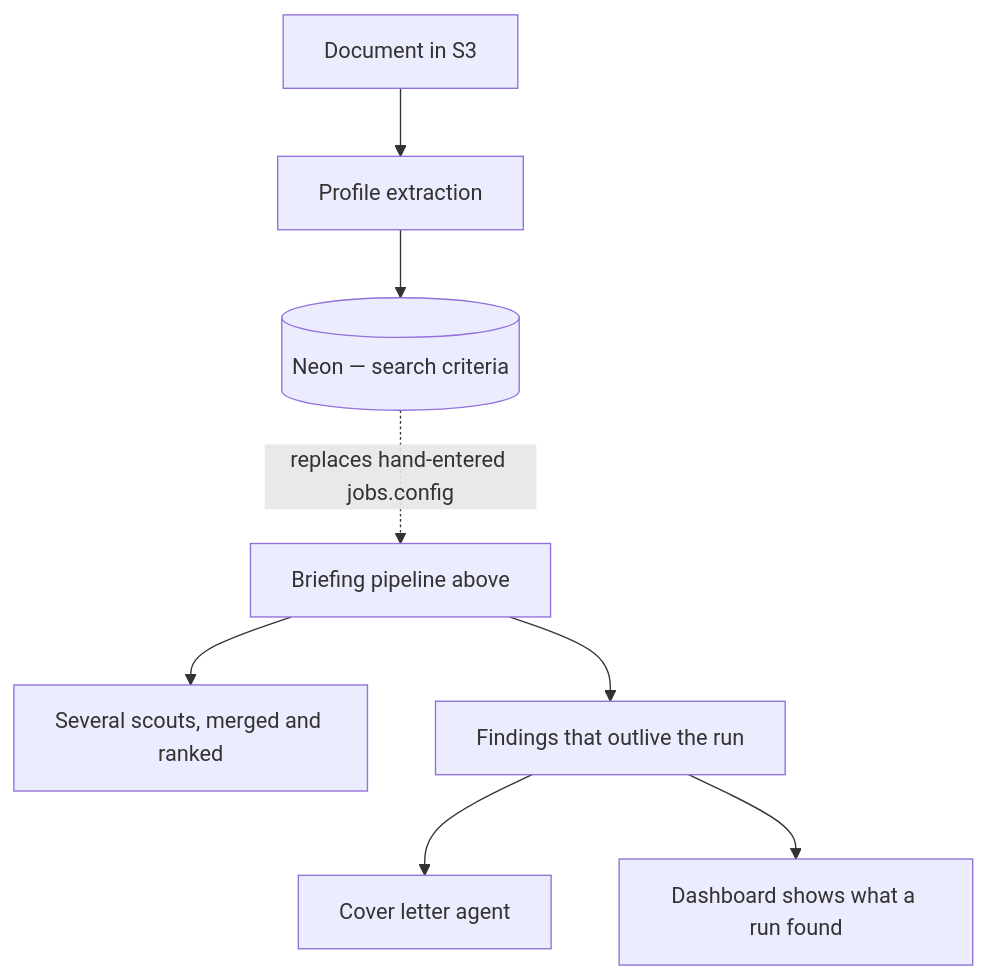
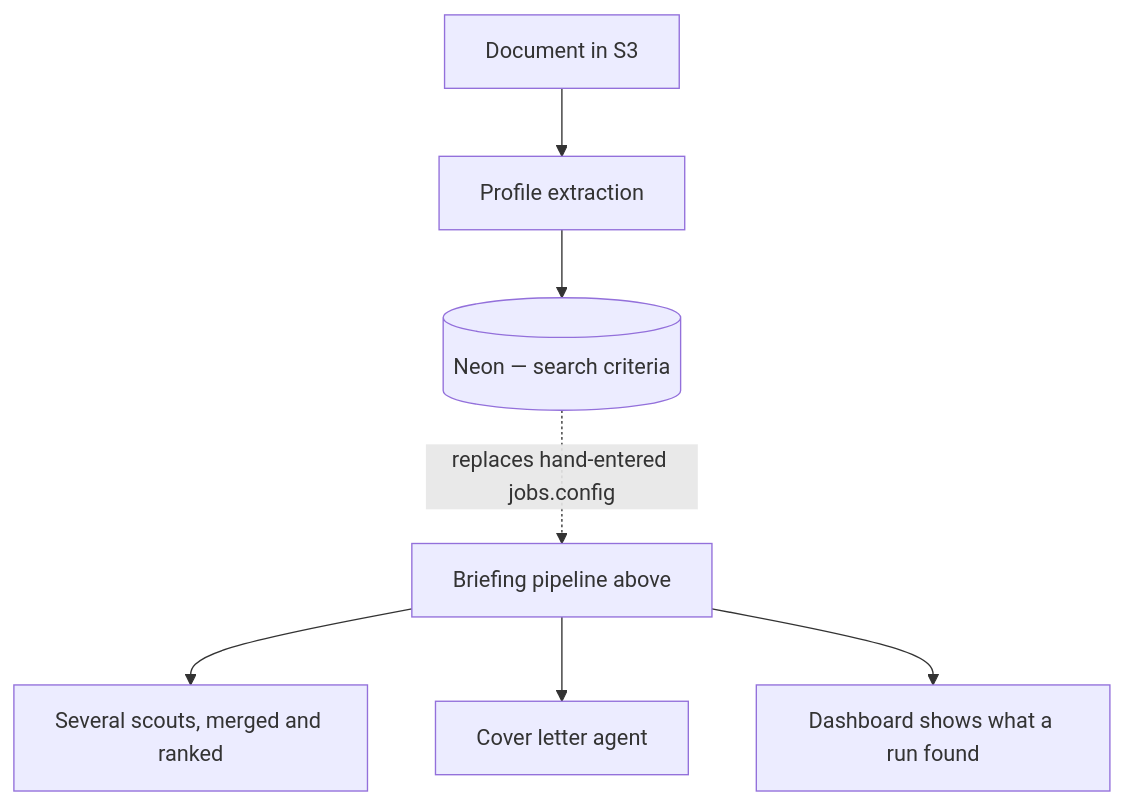
Before and after one commit to sunnyeyles/control-panel: the second of 2 diagrams in OVERVIEW.md, drawn with Mermaid. The commit also changed other lines of this file and 2 other files, not shown here.

````diff
--- a/OVERVIEW.md
+++ b/OVERVIEW.md
@@ -85,10 +86,9 @@
 ```mermaid
 flowchart TD
     B[Document in S3] --> C[Profile extraction]
     C --> D[(Neon — search criteria)]
     D -.->|replaces hand-entered jobs.config| P[Briefing pipeline above]
     P --> M[Several scouts, merged and ranked]
-    P --> F[Findings that outlive the run]
-    F --> N[Cover letter agent]
-    F --> Q[Dashboard shows what a run found]
+    P --> N[Cover letter agent]
+    P --> Q[Dashboard shows what a run found]
 ```
````
